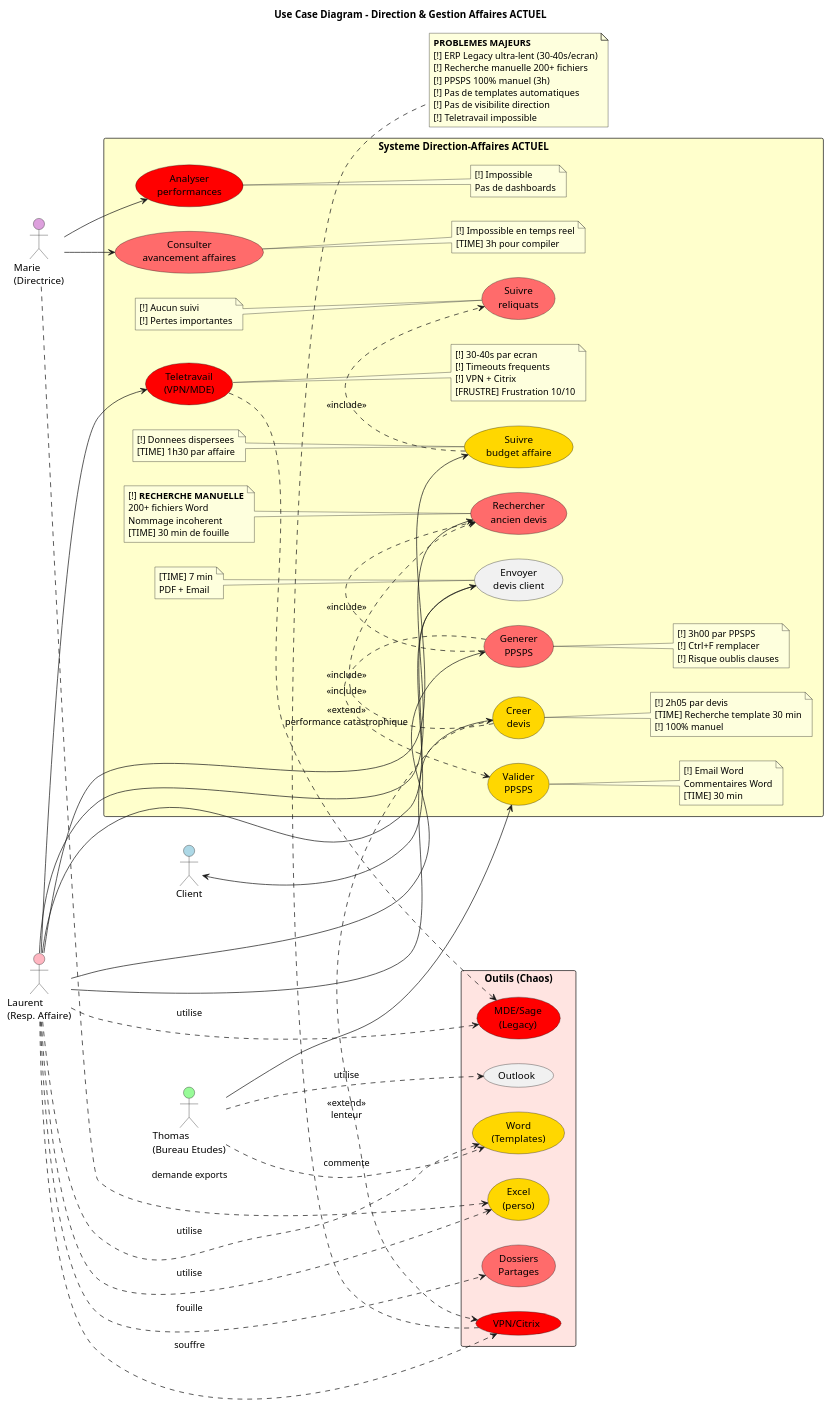
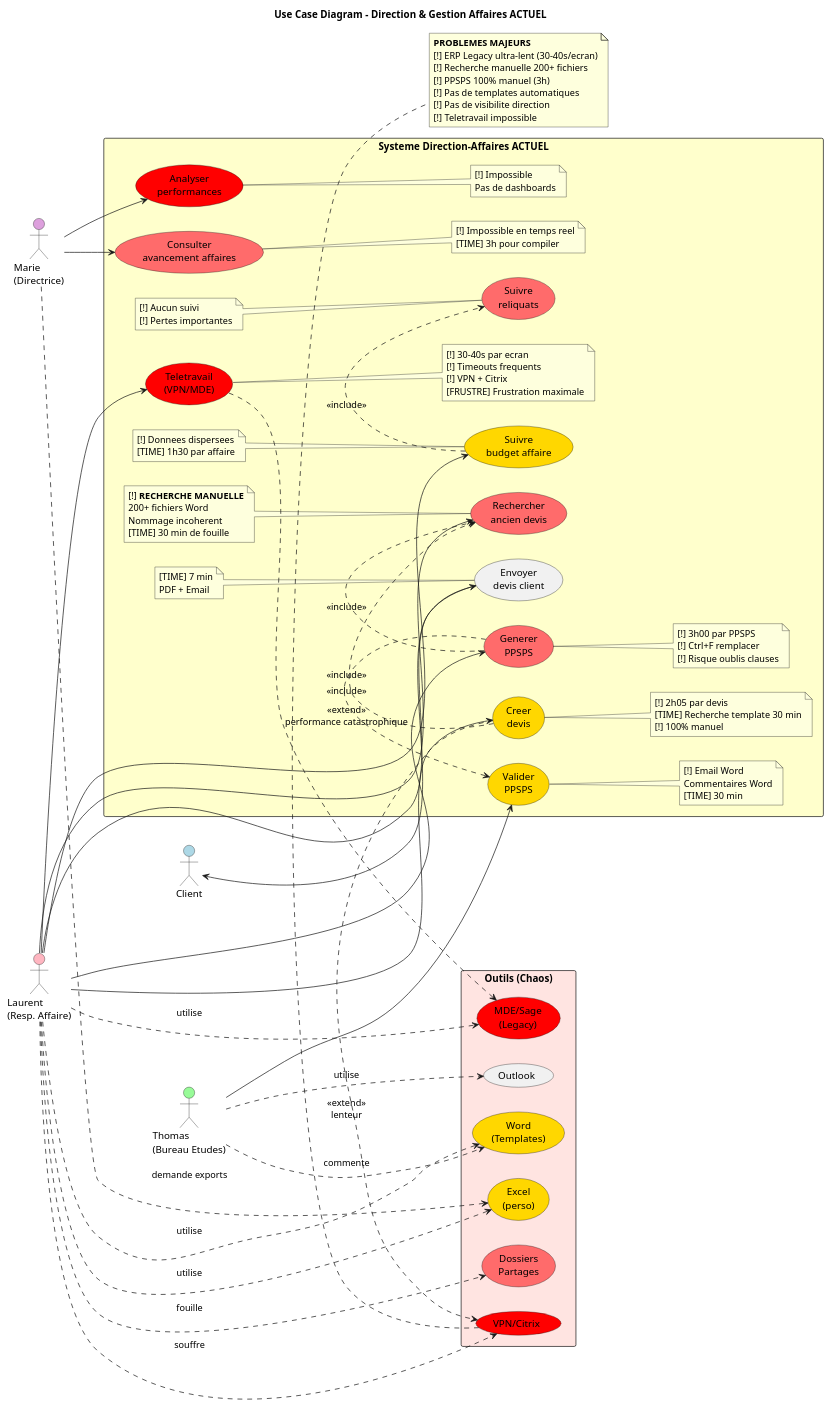
One commit to JordanSerafini/Audit_Duret changed the diagram in Services/Direction-Affaires/uml/png/03_usecase_acteurs.puml. Above: the diagram before and after it, drawn with PlantUML. The commit also changed 51 other files, not shown here.

```diff
--- a/Services/Direction-Affaires/uml/png/03_usecase_acteurs.puml
+++ b/Services/Direction-Affaires/uml/png/03_usecase_acteurs.puml
@@ -1,137 +1,137 @@
 @startuml UseCase_Direction_Affaires
 
 title Use Case Diagram - Direction & Gestion Affaires ACTUEL
 
 left to right direction
 
 actor "Laurent\n(Resp. Affaire)" as Laurent #FFB6C1
 actor "Marie\n(Directrice)" as Marie #DDA0DD
 actor "Thomas\n(Bureau Etudes)" as Thomas #98FB98
 actor "Client" as Client #ADD8E6
 
 rectangle "Systeme Direction-Affaires ACTUEL" #FFFFCC {
 
   usecase "Creer\ndevis" as UC1 #FFD700
   note right of UC1
     [!] 2h05 par devis
     [TIME] Recherche template 30 min
     [!] 100% manuel
   end note
 
   usecase "Generer\nPPSPS" as UC2 #FF6B6B
   note right of UC2
     [!] 3h00 par PPSPS
     [!] Ctrl+F remplacer
     [!] Risque oublis clauses
   end note
 
   usecase "Consulter\navancement affaires" as UC3 #FF6B6B
   note right of UC3
     [!] Impossible en temps reel
     [TIME] 3h pour compiler
   end note
 
   usecase "Suivre\nbudget affaire" as UC4 #FFD700
   note left of UC4
     [!] Donnees dispersees
     [TIME] 1h30 par affaire
   end note
 
   usecase "Valider\nPPSPS" as UC5 #FFD700
   note right of UC5
     [!] Email Word
     Commentaires Word
     [TIME] 30 min
   end note
 
   usecase "Rechercher\nancien devis" as UC6 #FF6B6B
   note left of UC6
     [!] **RECHERCHE MANUELLE**
     200+ fichiers Word
     Nommage incoherent
     [TIME] 30 min de fouille
   end note
 
   usecase "Teletravail\n(VPN/MDE)" as UC7 #FF0000
   note right of UC7
     [!] 30-40s par ecran
     [!] Timeouts frequents
     [!] VPN + Citrix
-    [FRUSTRE] Frustration 10/10
+    [FRUSTRE] Frustration maximale
   end note
 
   usecase "Suivre\nreliquats" as UC8 #FF6B6B
   note left of UC8
     [!] Aucun suivi
     [!] Pertes importantes
   end note
 
   usecase "Analyser\nperformances" as UC9 #FF0000
   note right of UC9
     [!] Impossible
     Pas de dashboards
   end note
 
   usecase "Envoyer\ndevis client" as UC10
   note left of UC10
     [TIME] 7 min
     PDF + Email
   end note
 }
 
 rectangle "Outils (Chaos)" #FFE4E1 {
   usecase "MDE/Sage\n(Legacy)" as Sage #FF0000
   usecase "Word\n(Templates)" as Word #FFD700
   usecase "Excel\n(perso)" as Excel #FFD700
   usecase "Dossiers\nPartages" as Dossiers #FF6B6B
   usecase "Outlook" as Email
   usecase "VPN/Citrix" as VPN #FF0000
 }
 
 ' Relations Laurent
 Laurent --> UC1
 Laurent --> UC2
 Laurent --> UC4
 Laurent --> UC6
 Laurent --> UC7
 Laurent --> UC10
 Laurent ..> Sage : utilise
 Laurent ..> Word : utilise
 Laurent ..> Excel : utilise
 Laurent ..> Dossiers : fouille
 Laurent ..> VPN : souffre
 
 ' Relations Marie
 Marie --> UC3
 Marie --> UC9
 Marie ..> Excel : demande exports
 
 ' Relations Thomas
 Thomas --> UC5
 Thomas ..> Word : commente
 Thomas ..> Email : utilise
 
 ' Relations Client
 Client <-- UC10
 
 ' Includes
 UC1 .> UC6 : <<include>>
 UC2 .> UC6 : <<include>>
 UC2 .> UC5 : <<include>>
 UC4 .> UC8 : <<include>>
 
 ' Extensions
 UC1 .> VPN : <<extend>>\nlenteur
 UC7 .> Sage : <<extend>>\nperformance catastrophique
 
 note bottom
   **PROBLEMES MAJEURS**
   [!] ERP Legacy ultra-lent (30-40s/ecran)
   [!] Recherche manuelle 200+ fichiers
   [!] PPSPS 100% manuel (3h)
   [!] Pas de templates automatiques
   [!] Pas de visibilite direction
   [!] Teletravail impossible
 end note
 
 @enduml
```
